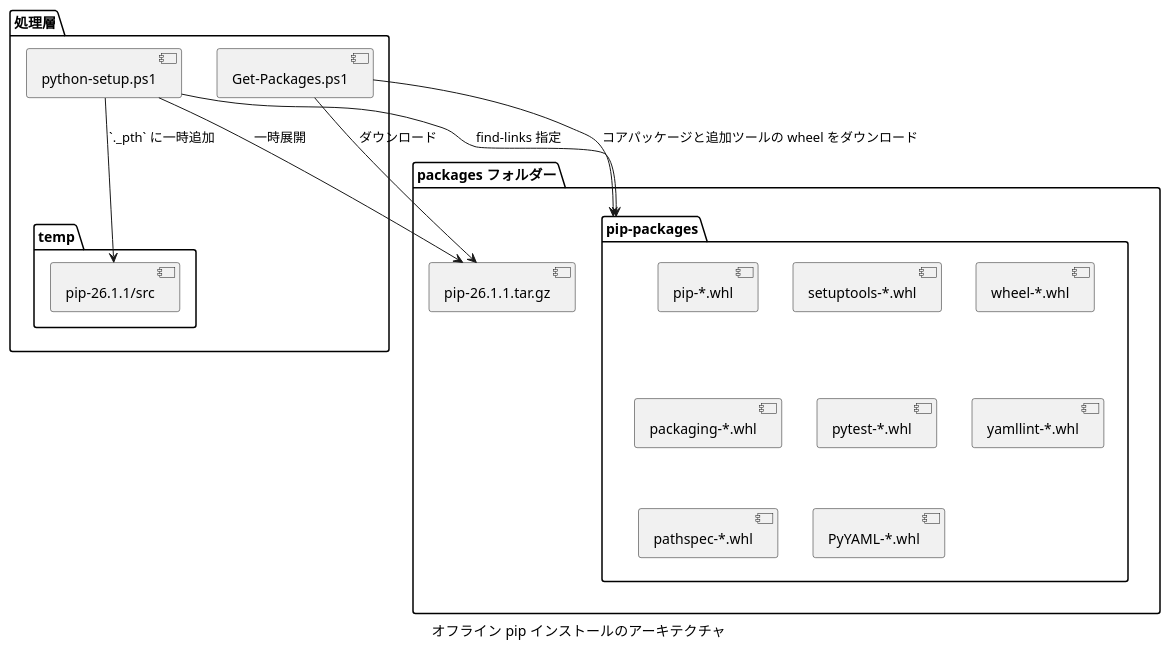
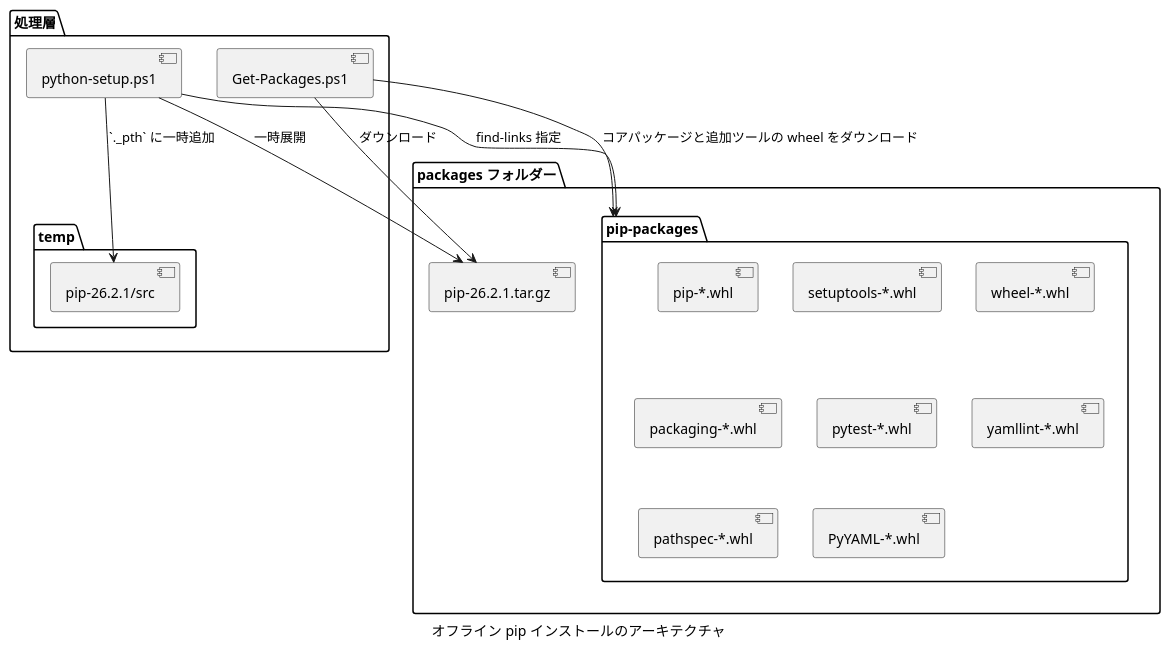
One commit to Hondarer/devbin-win changed the first of 4 diagrams in docs/offline-pip-design.md. Above: the diagram before and after it, drawn with PlantUML. The commit also changed other lines of this file and 18 other files, not shown here.

````diff
--- a/docs/offline-pip-design.md
+++ b/docs/offline-pip-design.md
@@ -21,32 +21,32 @@
 ```plantuml
 @startuml オフライン pip インストールのアーキテクチャ
 caption オフライン pip インストールのアーキテクチャ
 package "packages フォルダー" {
-  [pip-26.1.1.tar.gz]
+  [pip-26.2.1.tar.gz]
   folder "pip-packages" {
     [pip-*.whl]
     [setuptools-*.whl]
     [wheel-*.whl]
     [packaging-*.whl]
     [pytest-*.whl]
     [yamllint-*.whl]
     [pathspec-*.whl]
     [PyYAML-*.whl]
   }
 }
 
 package "処理層" {
   [Get-Packages.ps1] as getpkg
   [python-setup.ps1] as pysetup
   folder "temp" {
-    [pip-26.1.1/src]
+    [pip-26.2.1/src]
   }
 }
 
-getpkg --> [pip-26.1.1.tar.gz] : ダウンロード
+getpkg --> [pip-26.2.1.tar.gz] : ダウンロード
 getpkg --> [pip-packages] : コアパッケージと追加ツールの wheel をダウンロード
-pysetup --> [pip-26.1.1.tar.gz] : 一時展開
-pysetup --> [pip-26.1.1/src] : `._pth` に一時追加
+pysetup --> [pip-26.2.1.tar.gz] : 一時展開
+pysetup --> [pip-26.2.1/src] : `._pth` に一時追加
 pysetup --> [pip-packages] : find-links 指定
 @enduml
 ```
````
